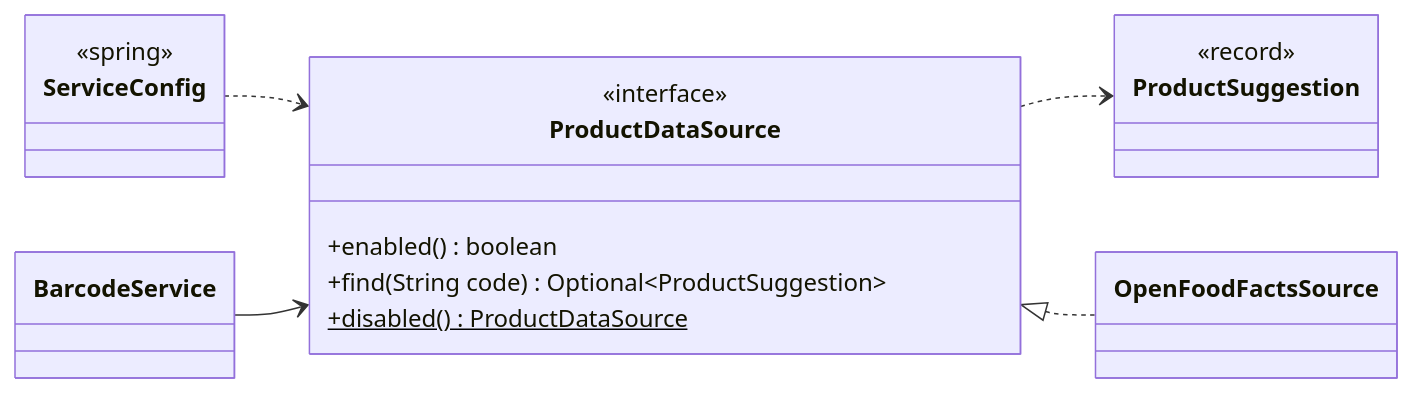
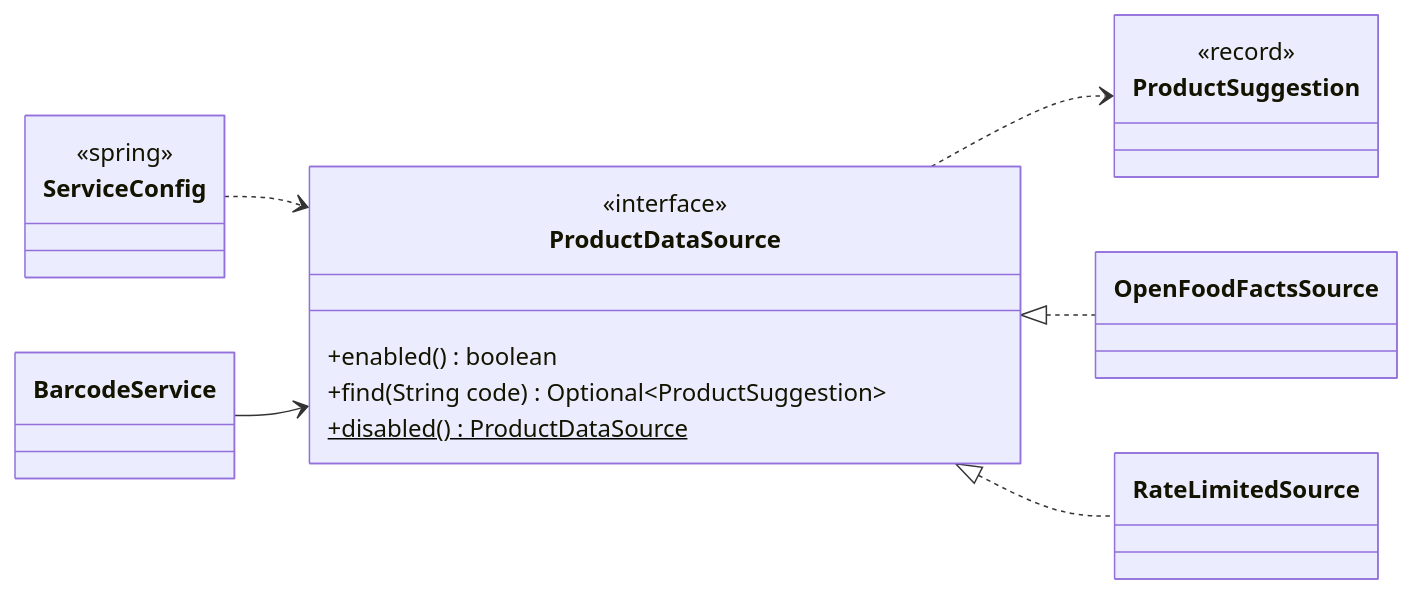
One commit to Nate-ryan-7690/dahaem changed diagram 20 of 22 in docs/classes/barcode.md. Above: the diagram before and after it, drawn with Mermaid. The commit also changed other lines of this file and 3 other files, not shown here.

````diff
--- a/docs/classes/barcode.md
+++ b/docs/classes/barcode.md
@@ -792,22 +796,24 @@
 ```mermaid
 classDiagram
     direction LR
     class barcode_ProductDataSource["ProductDataSource"] {
         <<interface>>
         +enabled() boolean
         +find(String code) Optional~ProductSuggestion~
         +disabled() ProductDataSource$
     }
     class barcode_OpenFoodFactsSource["OpenFoodFactsSource"]
+    class barcode_RateLimitedSource["RateLimitedSource"]
     class barcode_BarcodeService["BarcodeService"]
     class barcode_ProductSuggestion["ProductSuggestion"] {
         <<record>>
     }
     class api_ServiceConfig["ServiceConfig"] {
         <<spring>>
     }
     barcode_ProductDataSource ..> barcode_ProductSuggestion
     api_ServiceConfig ..> barcode_ProductDataSource
     barcode_BarcodeService --> barcode_ProductDataSource
     barcode_ProductDataSource <|.. barcode_OpenFoodFactsSource
+    barcode_ProductDataSource <|.. barcode_RateLimitedSource
 ```
````
